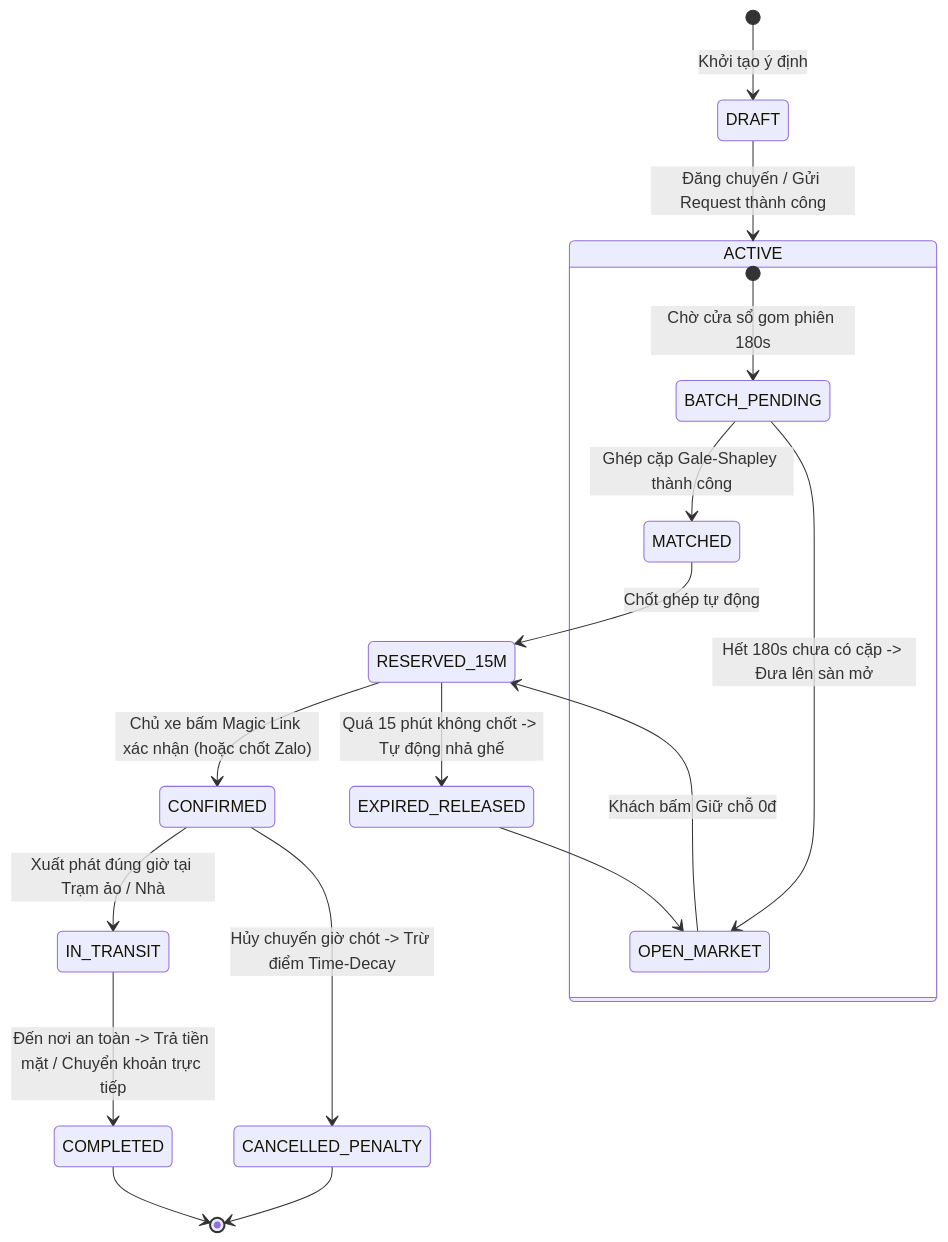
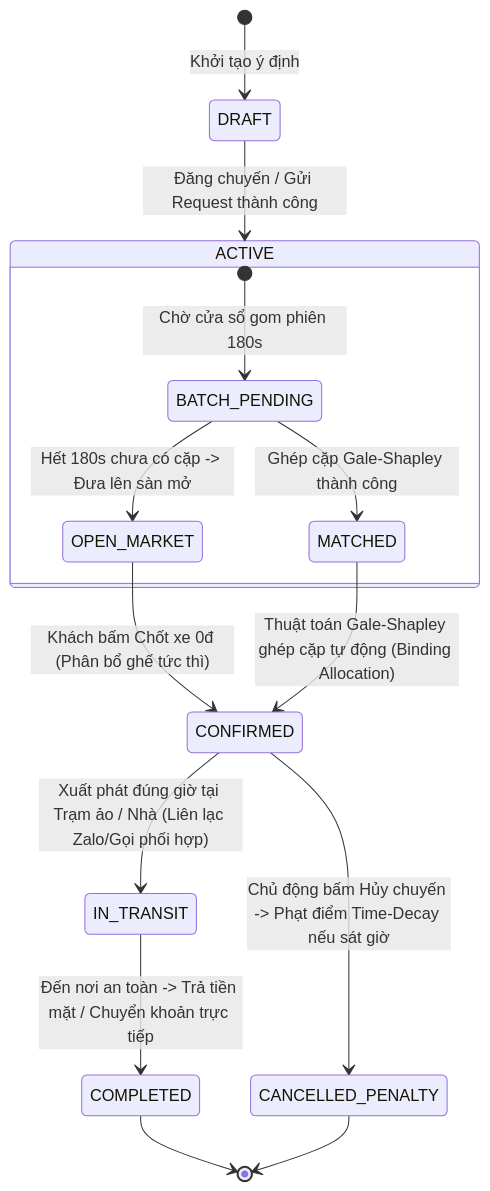
One commit to brianhuynh2021/carmate changed the fifth of 6 diagrams in ARCHITECTURE.md. Above: the diagram before and after it, drawn with Mermaid. The commit also changed other lines of this file and 2 other files, not shown here.

Commit message:
fix(flow): align matching flow with Nobel-prize market design (instant confirmed matching without exploding 15m timer)

````diff
--- a/ARCHITECTURE.md
+++ b/ARCHITECTURE.md
@@ -312,25 +312,21 @@
 ```mermaid
 stateDiagram-v2
     [*] --> DRAFT: Khởi tạo ý định
     DRAFT --> ACTIVE: Đăng chuyến / Gửi Request thành công
     
     state ACTIVE {
         [*] --> BATCH_PENDING: Chờ cửa sổ gom phiên 180s
         BATCH_PENDING --> MATCHED: Ghép cặp Gale-Shapley thành công
         BATCH_PENDING --> OPEN_MARKET: Hết 180s chưa có cặp -> Đưa lên sàn mở
     }
 
-    OPEN_MARKET --> RESERVED_15M: Khách bấm Giữ chỗ 0đ
-    MATCHED --> RESERVED_15M: Chốt ghép tự động
+    OPEN_MARKET --> CONFIRMED: Khách bấm Chốt xe 0đ (Phân bổ ghế tức thì)
+    MATCHED --> CONFIRMED: Thuật toán Gale-Shapley ghép cặp tự động (Binding Allocation)
     
-    RESERVED_15M --> CONFIRMED: Chủ xe bấm Magic Link xác nhận (hoặc chốt Zalo)
-    RESERVED_15M --> EXPIRED_RELEASED: Quá 15 phút không chốt -> Tự động nhả ghế
-
-    CONFIRMED --> IN_TRANSIT: Xuất phát đúng giờ tại Trạm ảo / Nhà
-    CONFIRMED --> CANCELLED_PENALTY: Hủy chuyến giờ chót -> Trừ điểm Time-Decay
+    CONFIRMED --> IN_TRANSIT: Xuất phát đúng giờ tại Trạm ảo / Nhà (Liên lạc Zalo/Gọi phối hợp)
+    CONFIRMED --> CANCELLED_PENALTY: Chủ động bấm Hủy chuyến -> Phạt điểm Time-Decay nếu sát giờ
     
     IN_TRANSIT --> COMPLETED: Đến nơi an toàn -> Trả tiền mặt / Chuyển khoản trực tiếp
     COMPLETED --> [*]
     CANCELLED_PENALTY --> [*]
-    EXPIRED_RELEASED --> OPEN_MARKET
 ```
````
